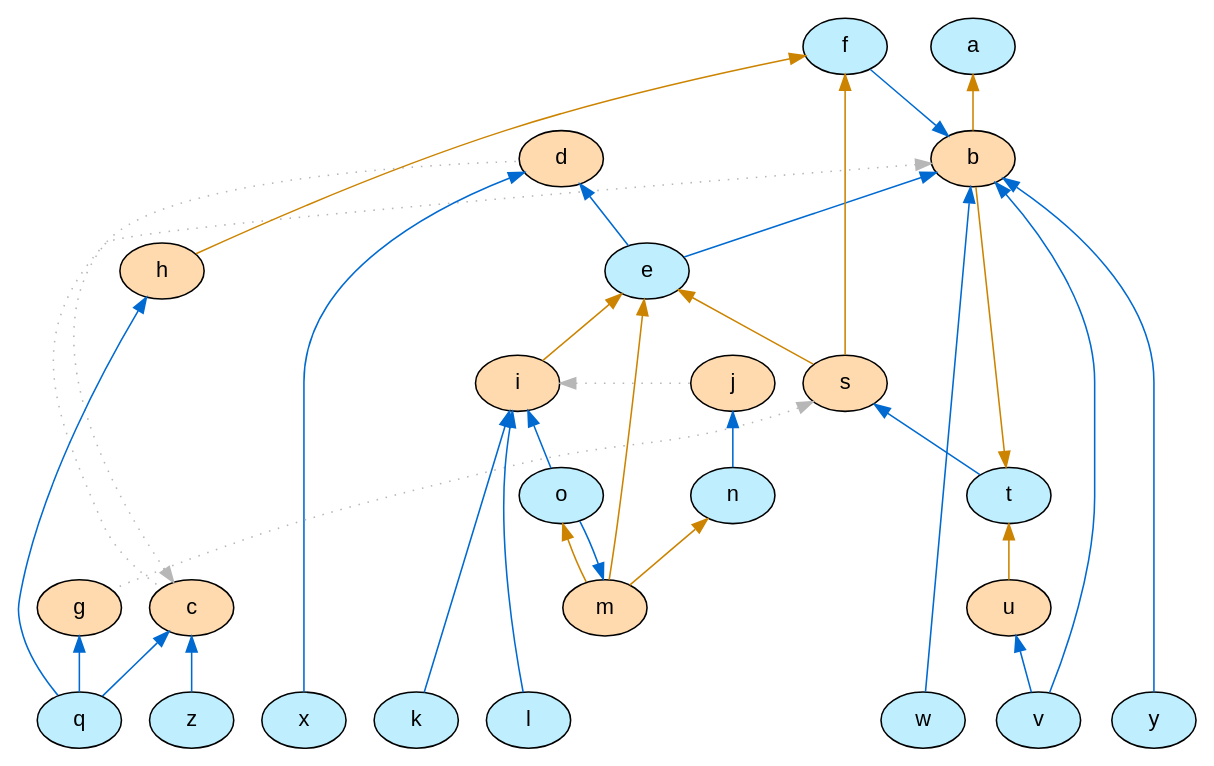
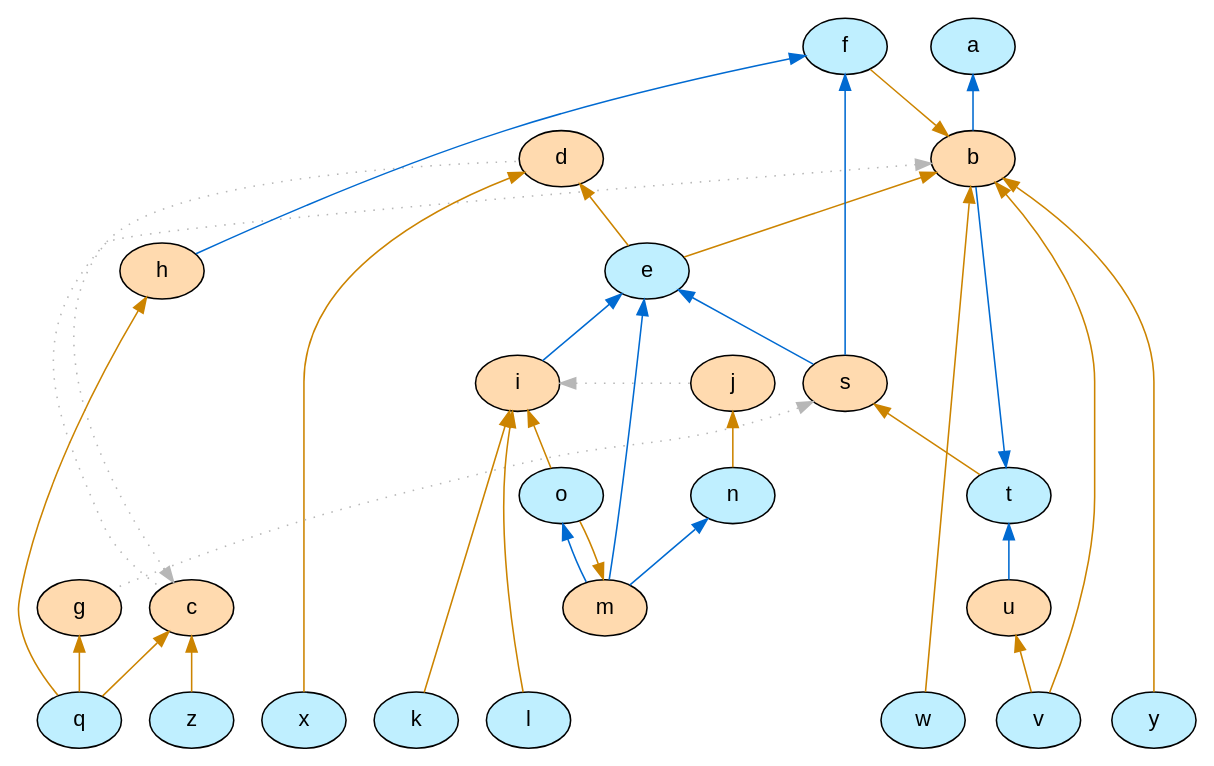
One commit to idaks/Games-and-Argumentation changed the diagram in IDCC-2024/graphs/arg_pw2_graph_colored.dot. Above: the diagram before and after it, drawn with Graphviz. The commit also changed other lines of this file and 18 other files, not shown here.

```diff
--- a/IDCC-2024/graphs/arg_pw2_graph_colored.dot
+++ b/IDCC-2024/graphs/arg_pw2_graph_colored.dot
@@ -1,44 +1,44 @@
 digraph G {
   rankdir="TB"
   node [shape=oval style=filled fontname=Helvetica fontsize=14]
   node [fillcolor="#ffdaaf" fontcolor="#000000"] b c d s g h i j m u
   node [fillcolor="#bfefff" fontcolor="#000000"] a t e f k l o n q v w x y z
-  edge [dir=back color="#cc8400" style="solid"]
+  edge [dir=back color="#006ad1" style="solid"]
         "a" -> "b" 
         "t" -> "b" 
         "f" -> "h" 
         "e" -> "i" 
         "e" -> "m" 
         "o" -> "m" 
         "n" -> "m" 
         "e" -> "s" 
         "f" -> "s" 
         "t" -> "u" 
-  edge [dir=back color="#006ad1" style="solid"]
+  edge [dir=back color="#cc8400" style="solid"]
         "b" -> "e" 
         "d" -> "e" 
         "b" -> "f" 
         "i" -> "k" 
         "i" -> "l" 
         "j" -> "n" 
         "i" -> "o" 
         "m" -> "o" 
         "g" -> "q" 
         "h" -> "q" 
         "c" -> "q" 
         "s" -> "t" 
         "b" -> "v" 
         "u" -> "v" 
         "b" -> "w" 
         "d" -> "x" 
         "b" -> "y" 
         "c" -> "z" 
   edge [dir=back color="#b7b7b7" style="dotted" constraint=false]
         "b" -> "c" 
         "c" -> "d" 
         "s" -> "g" 
         "i" -> "j" 
 
   {rank = max k l q v w x y z}
   {rank = min f}
 }
```
